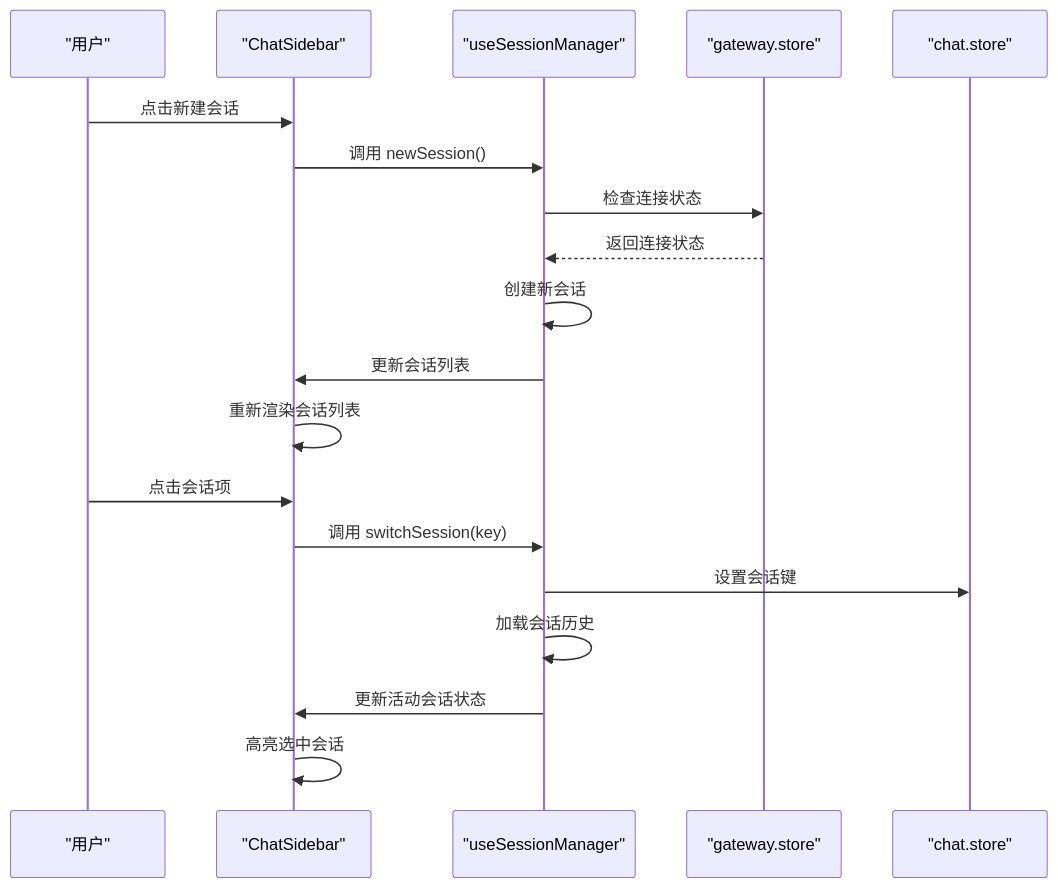
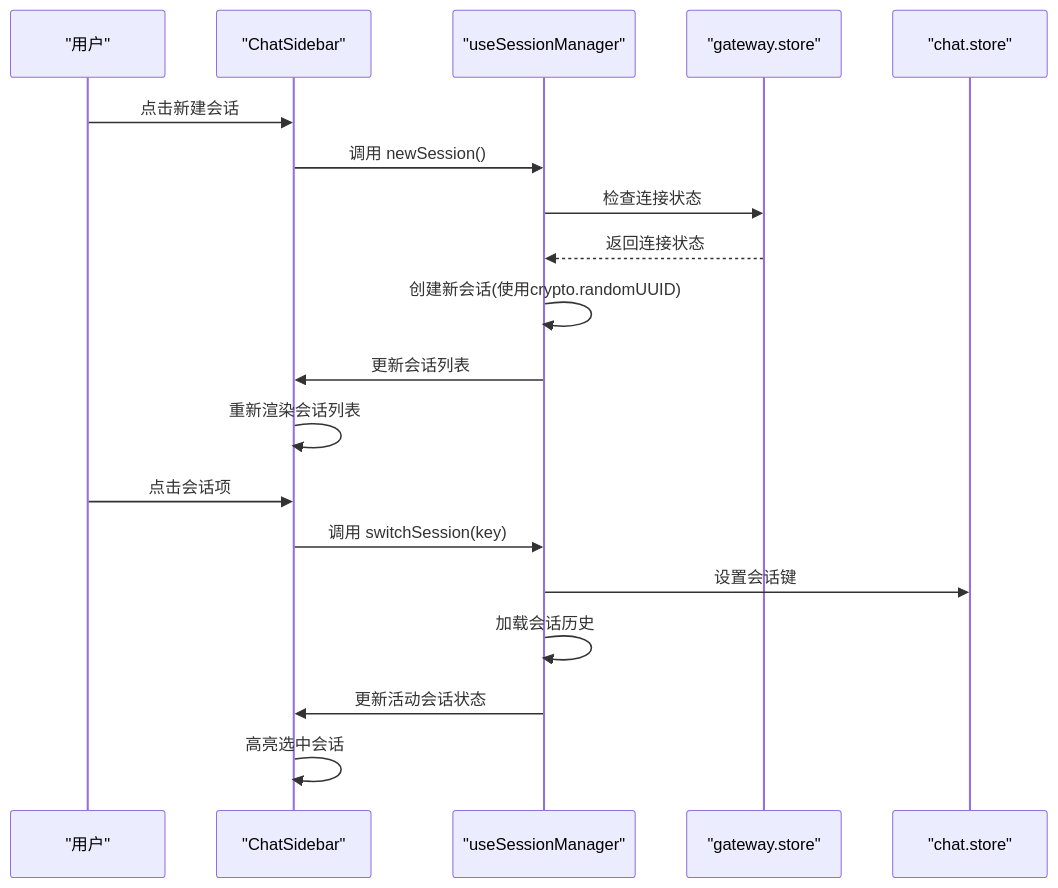
Before and after one commit to verse-ai-org/openclaw: diagram 11 of 13 in .qoder/repowiki/zh/content/核心概念/会话管理.md, drawn with Mermaid. The commit also changed other lines of this file and 9 other files, not shown here.

````diff
--- a/.qoder/repowiki/zh/content/核心概念/会话管理.md
+++ b/.qoder/repowiki/zh/content/核心概念/会话管理.md
@@ -480,21 +576,21 @@
 ```mermaid
 sequenceDiagram
 participant User as "用户"
 participant CS as "ChatSidebar"
 participant USM as "useSessionManager"
 participant GS as "gateway.store"
 participant CS2 as "chat.store"
 User->>CS : 点击新建会话
 CS->>USM : 调用 newSession()
 USM->>GS : 检查连接状态
 GS-->>USM : 返回连接状态
-USM->>USM : 创建新会话
+USM->>USM : 创建新会话(使用crypto.randomUUID)
 USM->>CS : 更新会话列表
 CS->>CS : 重新渲染会话列表
 User->>CS : 点击会话项
 CS->>USM : 调用 switchSession(key)
 USM->>CS2 : 设置会话键
 USM->>USM : 加载会话历史
 USM->>CS : 更新活动会话状态
 CS->>CS : 高亮选中会话
 ```
````
